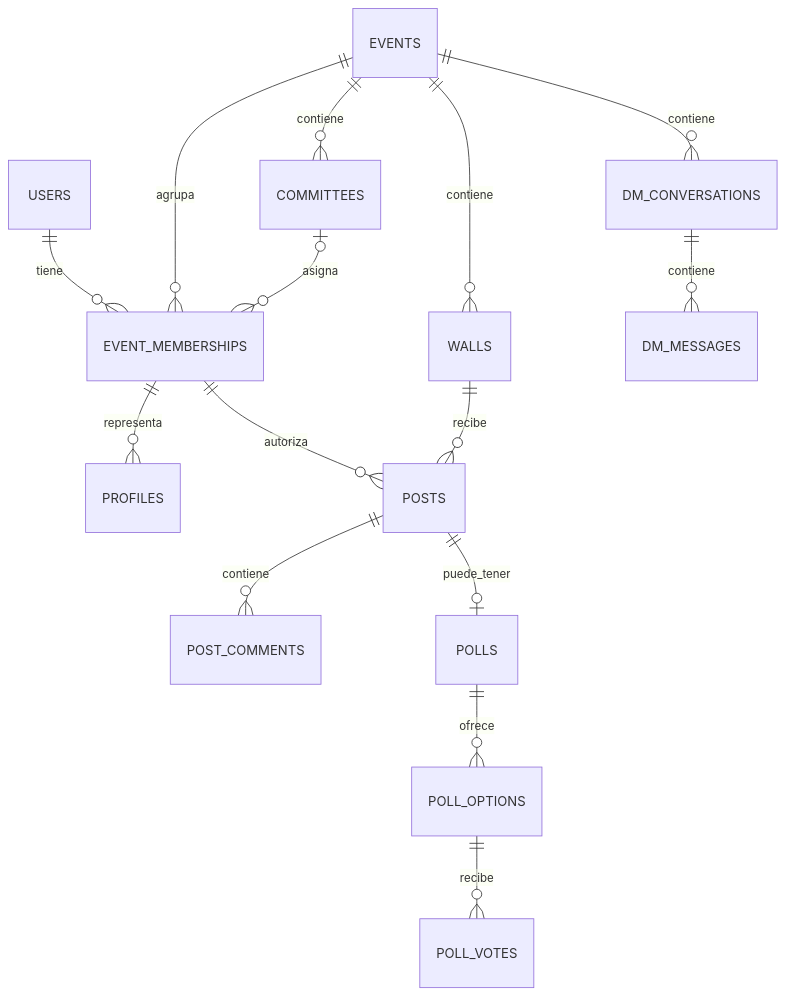
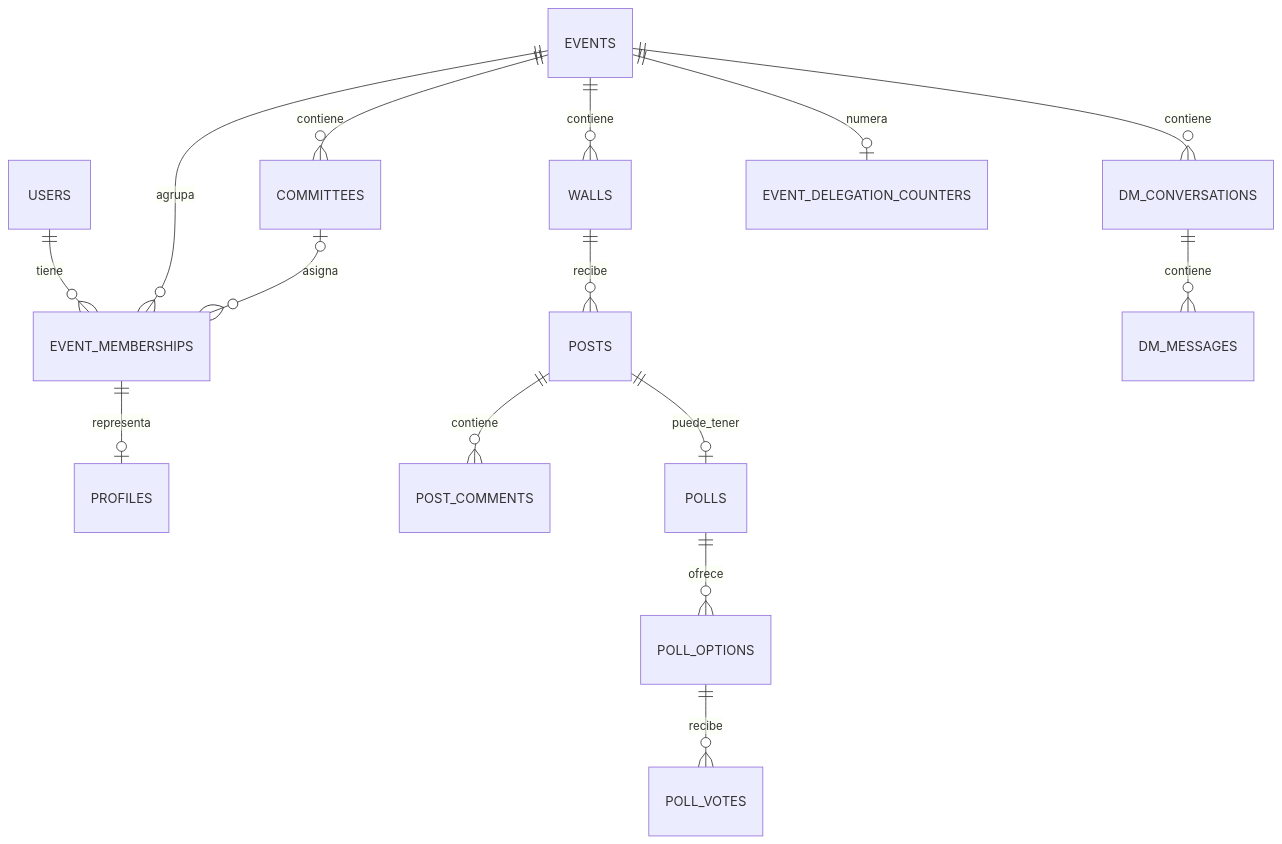
One commit to C3-SV/munet changed the diagram in docs/02-arquitectura/base-de-datos.md. Above: the diagram before and after it, drawn with Mermaid. The commit also changed other lines of this file and 24 other files, not shown here.

````diff
--- a/docs/02-arquitectura/base-de-datos.md
+++ b/docs/02-arquitectura/base-de-datos.md
@@ -9,17 +15,17 @@
 ```mermaid
 erDiagram
   USERS ||--o{ EVENT_MEMBERSHIPS : tiene
   EVENTS ||--o{ EVENT_MEMBERSHIPS : agrupa
   EVENTS ||--o{ COMMITTEES : contiene
   EVENTS ||--o{ WALLS : contiene
   COMMITTEES o|--o{ EVENT_MEMBERSHIPS : asigna
-  EVENT_MEMBERSHIPS ||--o{ PROFILES : representa
+  EVENT_MEMBERSHIPS ||--o| PROFILES : representa
   WALLS ||--o{ POSTS : recibe
-  EVENT_MEMBERSHIPS ||--o{ POSTS : autoriza
   POSTS ||--o{ POST_COMMENTS : contiene
   POSTS ||--o| POLLS : puede_tener
   POLLS ||--o{ POLL_OPTIONS : ofrece
   POLL_OPTIONS ||--o{ POLL_VOTES : recibe
   EVENTS ||--o{ DM_CONVERSATIONS : contiene
   DM_CONVERSATIONS ||--o{ DM_MESSAGES : contiene
+  EVENTS ||--o| EVENT_DELEGATION_COUNTERS : numera
 ```
````
